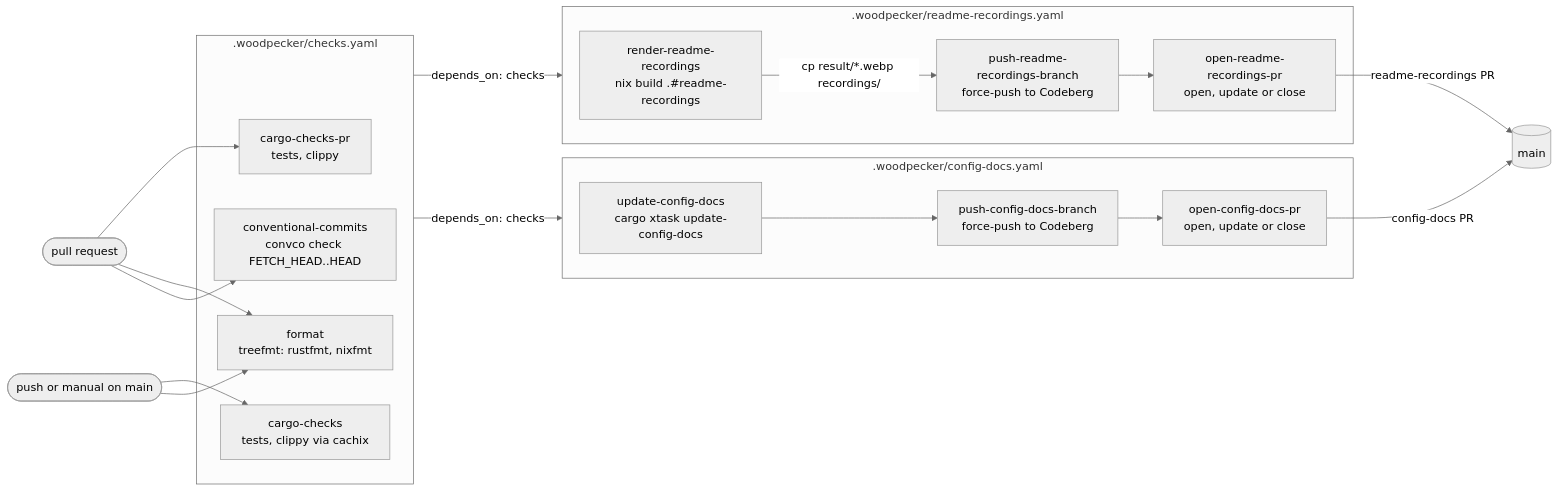
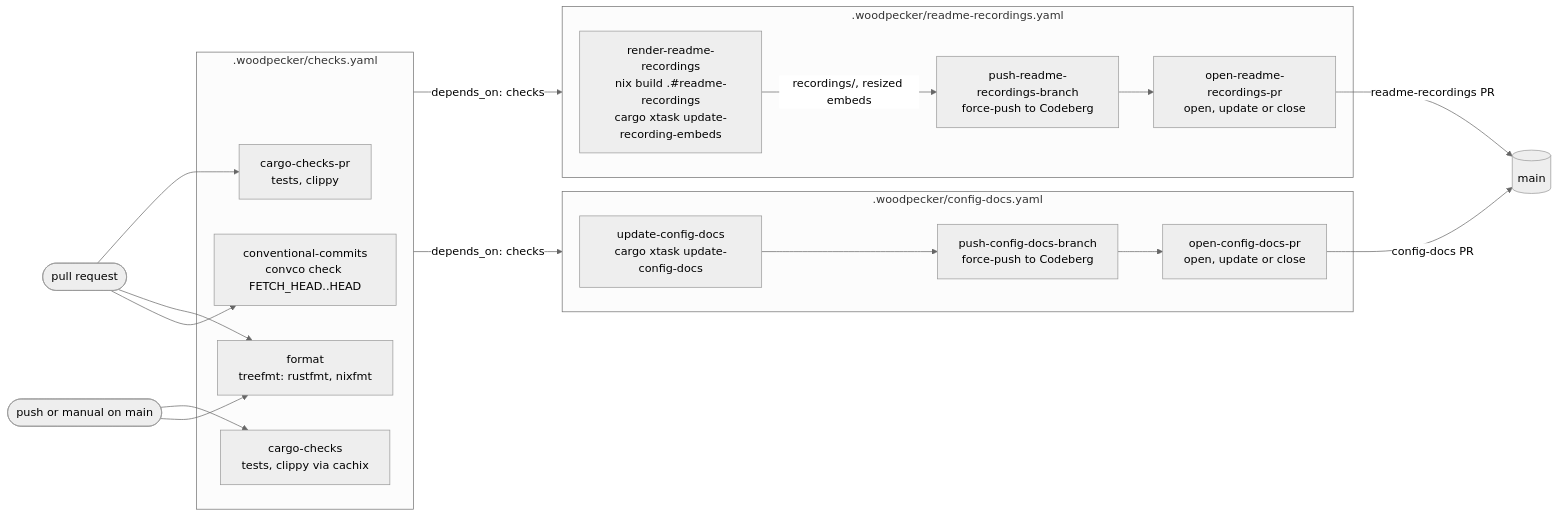
Before and after one commit to wvhulle/sottomano: the second of 3 diagrams in docs/development.md, drawn with Mermaid (neutral theme). The commit also changed other lines of this file and 129 other files, not shown here.

````diff
--- a/docs/development.md
+++ b/docs/development.md
@@ -107,37 +107,37 @@
 ```mermaid
 flowchart LR
   pull_request_event(["pull request"])
   main_push_event(["push or manual on main"])
 
   subgraph checks_pipeline [".woodpecker/checks.yaml"]
     cargo_checks_pr["cargo-checks-pr<br>tests, clippy"]
     cargo_checks["cargo-checks<br>tests, clippy via cachix"]
     format_check["format<br>treefmt: rustfmt, nixfmt"]
     conventional_commits["conventional-commits<br>convco check FETCH_HEAD..HEAD"]
   end
 
   subgraph recordings_pipeline [".woodpecker/readme-recordings.yaml"]
-    render_recordings["render-readme-recordings<br>nix build .#readme-recordings"]
+    render_recordings["render-readme-recordings<br>nix build .#readme-recordings<br>cargo xtask update-recording-embeds"]
     push_recordings_branch["push-readme-recordings-branch<br>force-push to Codeberg"]
     open_recordings_pull_request["open-readme-recordings-pr<br>open, update or close"]
-    render_recordings -->|"cp result/*.webp recordings/"| push_recordings_branch
+    render_recordings -->|"recordings/, resized embeds"| push_recordings_branch
     push_recordings_branch --> open_recordings_pull_request
   end
 
   subgraph config_docs_pipeline [".woodpecker/config-docs.yaml"]
     update_config_docs["update-config-docs<br>cargo xtask update-config-docs"]
     push_config_docs_branch["push-config-docs-branch<br>force-push to Codeberg"]
     open_config_docs_pull_request["open-config-docs-pr<br>open, update or close"]
     update_config_docs --> push_config_docs_branch
     push_config_docs_branch --> open_config_docs_pull_request
   end
 
   main_branch[("main")]
 
   pull_request_event --> cargo_checks_pr & format_check & conventional_commits
   main_push_event --> cargo_checks & format_check
   checks_pipeline -->|"depends_on: checks"| recordings_pipeline
   checks_pipeline -->|"depends_on: checks"| config_docs_pipeline
   open_recordings_pull_request -->|readme-recordings PR| main_branch
   open_config_docs_pull_request -->|config-docs PR| main_branch
 ```
````
